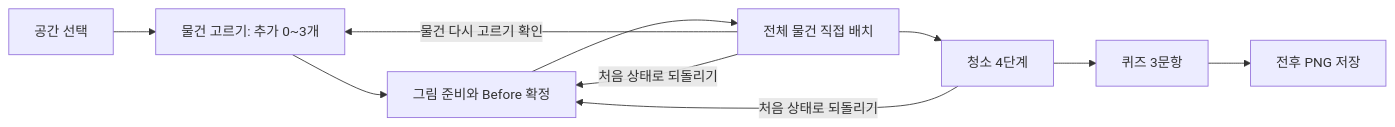
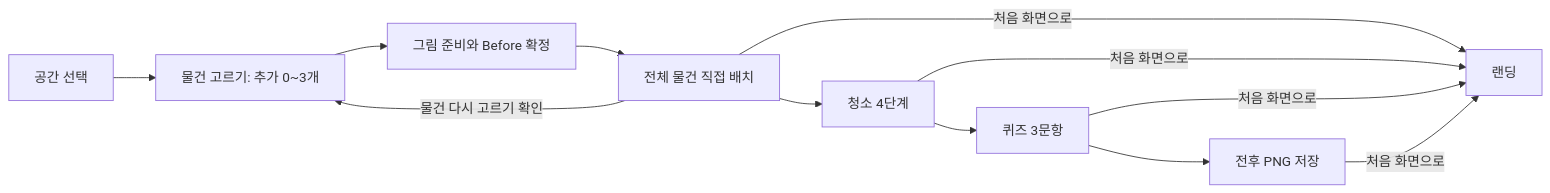
One commit to djqanrudgns12/tidy-up changed the diagram in docs/IMPLEMENTATION_PLAN.md. Above: the diagram before and after it, drawn with Mermaid. The commit also changed other lines of this file and 32 other files, not shown here.

````diff
--- a/docs/IMPLEMENTATION_PLAN.md
+++ b/docs/IMPLEMENTATION_PLAN.md
@@ -29,12 +29,14 @@
 ```mermaid
 flowchart LR
   A[공간 선택] --> B[물건 고르기: 추가 0~3개]
   B --> C[그림 준비와 Before 확정]
   C --> D[전체 물건 직접 배치]
   D --> E[청소 4단계]
   E --> F[퀴즈 3문항]
   F --> G[전후 PNG 저장]
   D -->|물건 다시 고르기 확인| B
-  D -->|처음 상태로 되돌리기| C
-  E -->|처음 상태로 되돌리기| C
+  D -->|처음 화면으로| H[랜딩]
+  E -->|처음 화면으로| H
+  F -->|처음 화면으로| H
+  G -->|처음 화면으로| H
 ```
````
